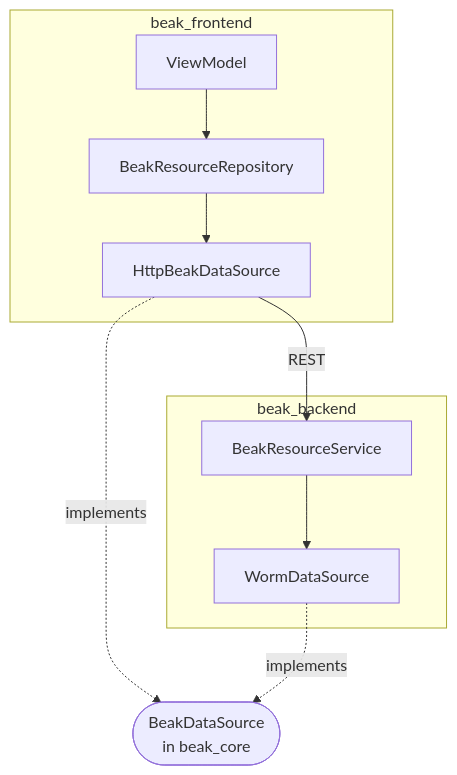
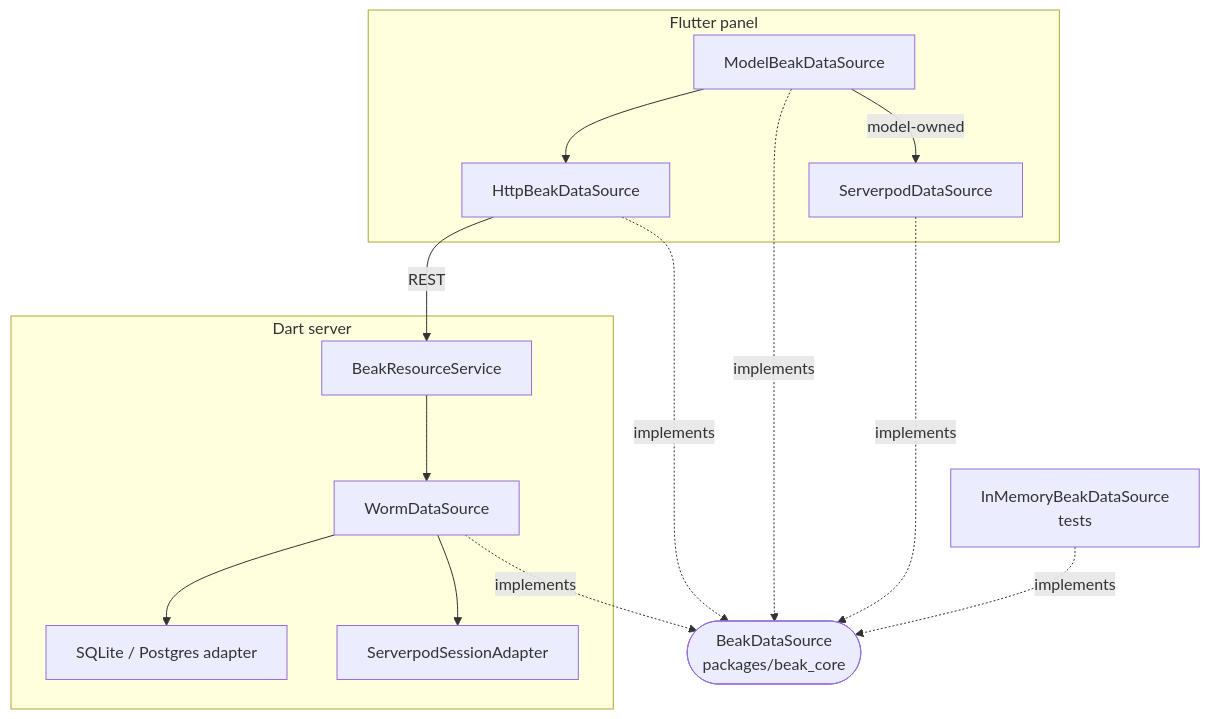
The diagram in docs/architecture/data-source-seam.md (SimonErich/beak), drawn with Mermaid before and after one commit. The commit also changed other lines of this file and 10 other files, not shown here.

Commit message:
docs(architecture): internals for contributors and experts, with diagrams rendered and facts checked against the code

````diff
--- a/docs/architecture/data-source-seam.md
+++ b/docs/architecture/data-source-seam.md
@@ -152,14 +15,22 @@
 ```mermaid
 flowchart TB
-  subgraph frontend [beak_frontend]
-    VM[ViewModel] --> REPO[BeakResourceRepository]
-    REPO --> HTTP[HttpBeakDataSource]
+  IFACE(["BeakDataSource<br/>packages/beak_core"])
+
+  subgraph panel [Flutter panel]
+    MODEL[ModelBeakDataSource] --> HTTP[HttpBeakDataSource]
+    MODEL -->|model-owned| SPD[ServerpodDataSource]
   end
-  subgraph backend [beak_backend]
+  subgraph server [Dart server]
     SVC[BeakResourceService] --> WORM[WormDataSource]
+    WORM --> SQLITE[SQLite / Postgres adapter]
+    WORM --> SPA[ServerpodSessionAdapter]
   end
-  IFACE([BeakDataSource<br/>in beak_core])
+  MEM["InMemoryBeakDataSource<br/>tests"]
+
   HTTP -. implements .-> IFACE
+  MODEL -. implements .-> IFACE
+  SPD -. implements .-> IFACE
   WORM -. implements .-> IFACE
+  MEM -. implements .-> IFACE
   HTTP -->|REST| SVC
 ```
````
